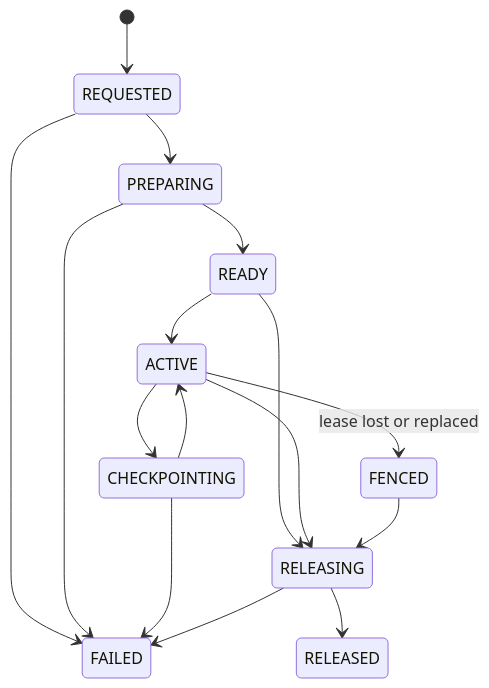
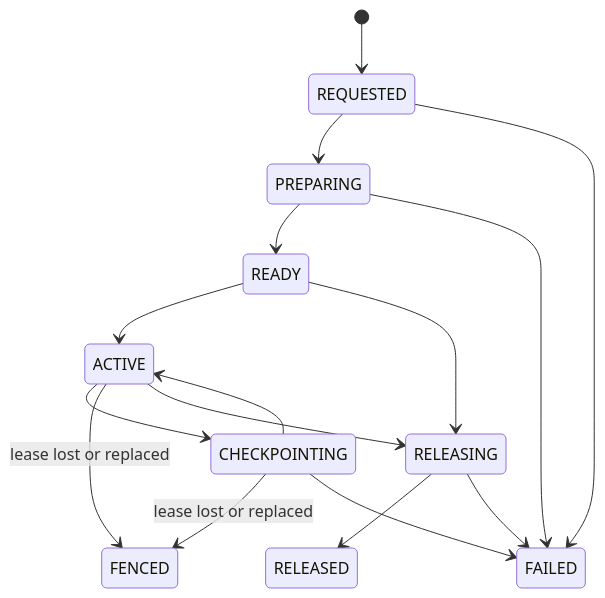
The fourth of 4 diagrams in docs/architecture.md (bdobrica/ThinkPixelWS), drawn with Mermaid before and after one commit. The commit also changed 7 other files, not shown here.

````diff
--- a/docs/architecture.md
+++ b/docs/architecture.md
@@ -124,18 +124,18 @@
 ```mermaid
 stateDiagram-v2
     [*] --> REQUESTED
     REQUESTED --> PREPARING
     PREPARING --> READY
     READY --> ACTIVE
     ACTIVE --> CHECKPOINTING
     CHECKPOINTING --> ACTIVE
+    CHECKPOINTING --> FENCED: lease lost or replaced
     ACTIVE --> FENCED: lease lost or replaced
     READY --> RELEASING
     ACTIVE --> RELEASING
-    FENCED --> RELEASING
     RELEASING --> RELEASED
     REQUESTED --> FAILED
     PREPARING --> FAILED
     CHECKPOINTING --> FAILED
     RELEASING --> FAILED
 ```
````
